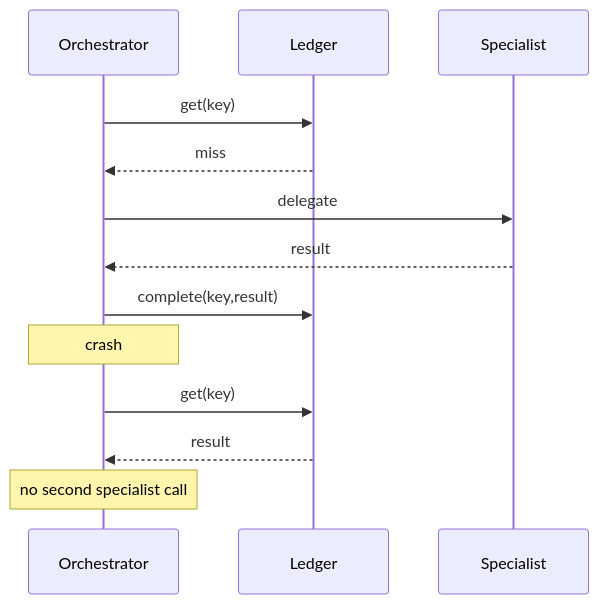
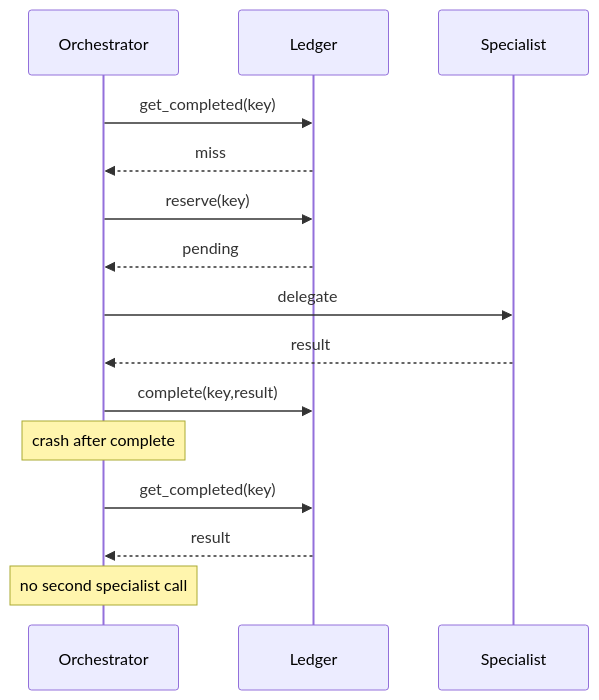
The diagram in docs/diagrams/retry-sequence.mmd (brunovicco/agent-runtime-boundaries-lab), drawn with Mermaid before and after one commit. The commit also changed 45 other files, not shown here.

```diff
--- a/docs/diagrams/retry-sequence.mmd
+++ b/docs/diagrams/retry-sequence.mmd
@@ -1,13 +1,15 @@
 sequenceDiagram
     participant O as Orchestrator
     participant L as Ledger
     participant S as Specialist
-    O->>L: get(key)
+    O->>L: get_completed(key)
     L-->>O: miss
+    O->>L: reserve(key)
+    L-->>O: pending
     O->>S: delegate
     S-->>O: result
     O->>L: complete(key,result)
-    Note over O: crash
-    O->>L: get(key)
+    Note over O: crash after complete
+    O->>L: get_completed(key)
     L-->>O: result
     Note over O: no second specialist call
```
